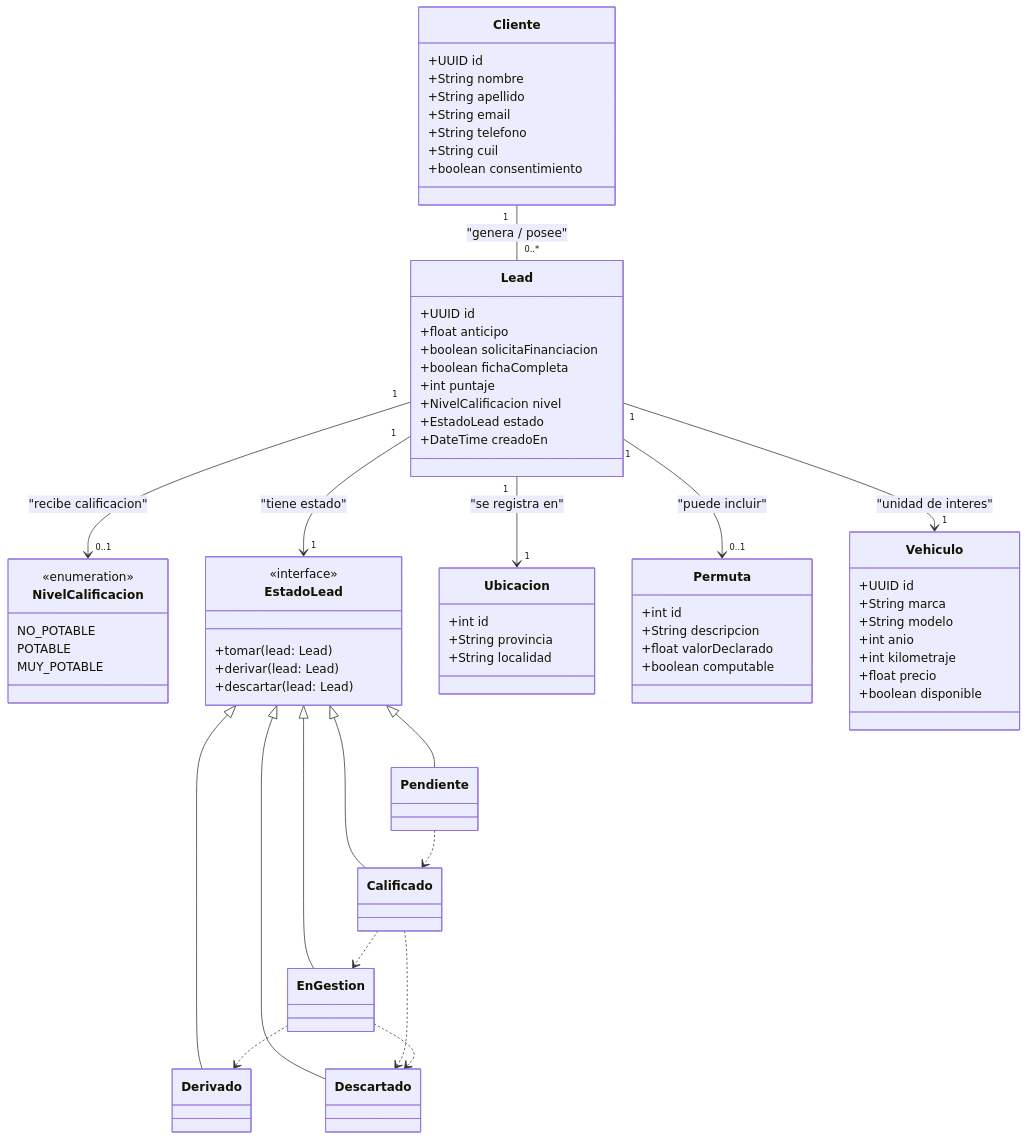
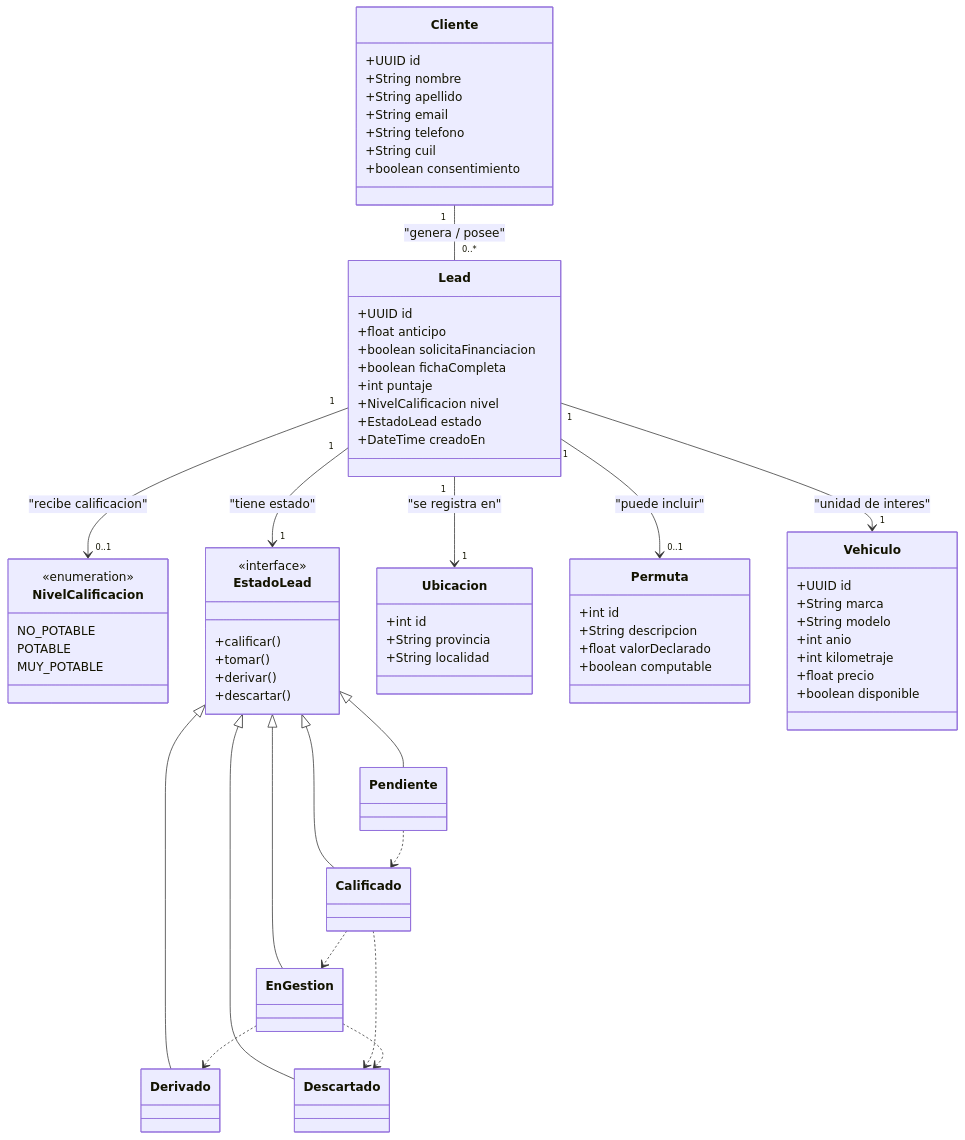
One commit to naimgaunaa/LeadsMicroservice changed the diagram in docs/diagrams/diagrama_clases.mmd. Above: the diagram before and after it, drawn with Mermaid. The commit also changed 6 other files, not shown here.

```diff
--- a/docs/diagrams/diagrama_clases.mmd
+++ b/docs/diagrams/diagrama_clases.mmd
@@ -1,87 +1,88 @@
 classDiagram
     %% --- Catálogos y enumeraciones ---
     class NivelCalificacion {
         <<enumeration>>
         NO_POTABLE
         POTABLE
         MUY_POTABLE
     }
 
     class EstadoLead {
         <<interface>>
-        +tomar(lead: Lead)
-        +derivar(lead: Lead)
-        +descartar(lead: Lead)
+        +calificar()
+        +tomar()
+        +derivar()
+        +descartar()
     }
 
     class Pendiente { }
     class Calificado { }
     class EnGestion { }
     class Derivado { }
     class Descartado { }
 
     %% --- Patrón State ---
     EstadoLead <|-- Pendiente
     EstadoLead <|-- Calificado
     EstadoLead <|-- EnGestion
     EstadoLead <|-- Derivado
     EstadoLead <|-- Descartado
 
     Pendiente ..> Calificado
     Calificado ..> EnGestion
     Calificado ..> Descartado
     EnGestion ..> Derivado
     EnGestion ..> Descartado
 
     %% --- Entidades de negocio del servicio leads ---
     class Cliente {
         +UUID id
         +String nombre
         +String apellido
         +String email
         +String telefono
         +String cuil
         +boolean consentimiento
     }
 
     class Ubicacion {
         +int id
         +String provincia
         +String localidad
     }
 
     class Permuta {
         +int id
         +String descripcion
         +float valorDeclarado
         +boolean computable
     }
 
     class Vehiculo {
         +UUID id
         +String marca
         +String modelo
         +int anio
         +int kilometraje
         +float precio
         +boolean disponible
     }
 
     class Lead {
         +UUID id
         +float anticipo
         +boolean solicitaFinanciacion
         +boolean fichaCompleta
         +int puntaje
         +NivelCalificacion nivel
         +EstadoLead estado
         +DateTime creadoEn
     }
 
     %% --- Relaciones derivadas del DER y del documento ---
     Cliente "1" -- "0..*" Lead : "genera / posee"
     Lead "1" --> "1" Ubicacion : "se registra en"
     Lead "1" --> "0..1" Permuta : "puede incluir"
     Lead "1" --> "1" Vehiculo : "unidad de interes"
     Lead "1" --> "1" EstadoLead : "tiene estado"
     Lead "1" --> "0..1" NivelCalificacion : "recibe calificacion"
```
